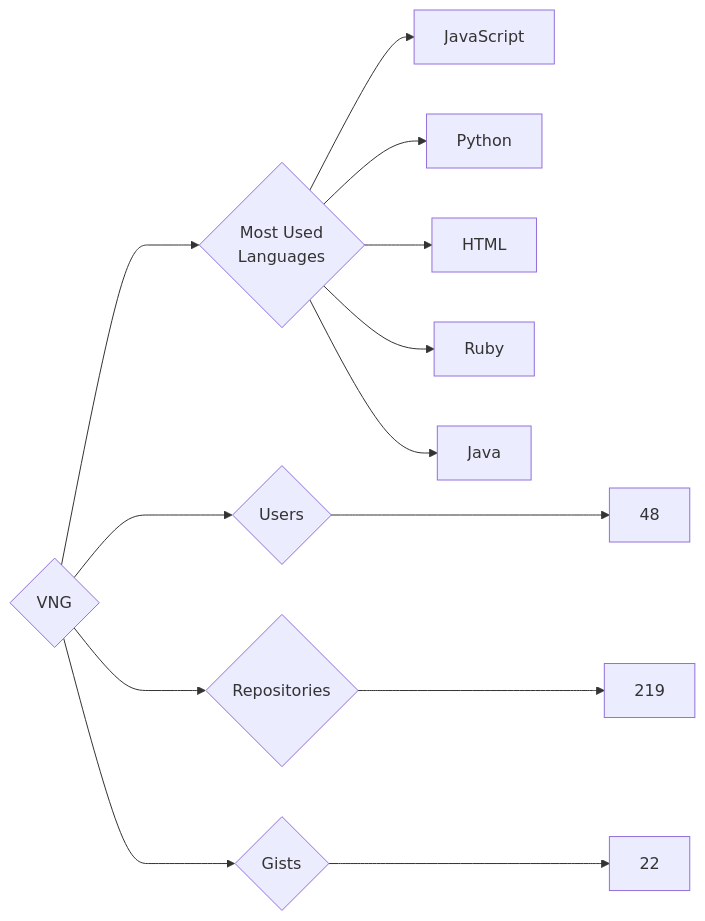
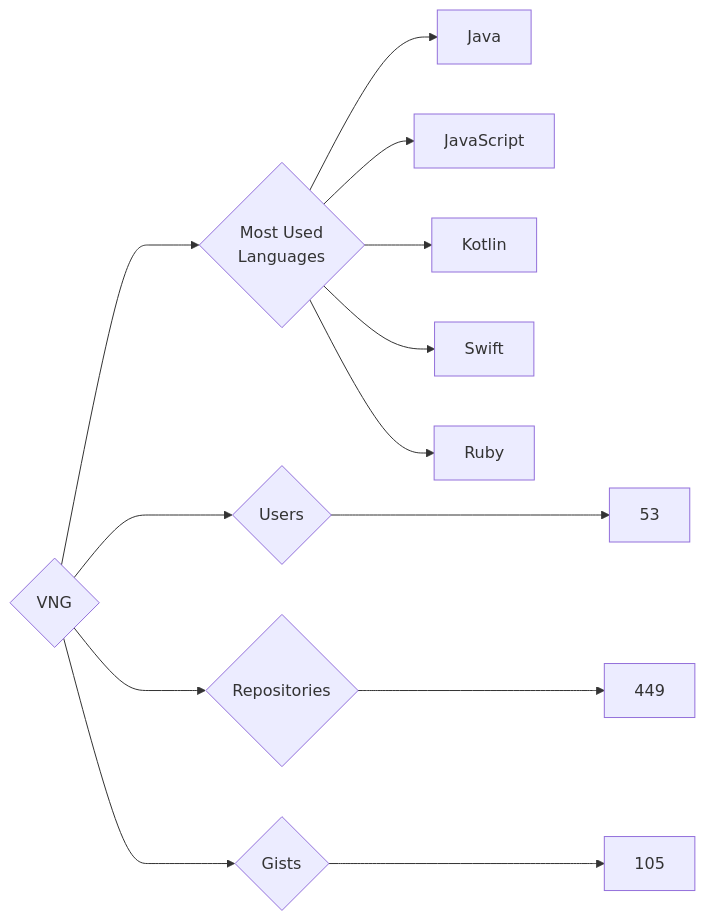
Before and after one commit to trickest/insiders: the diagram in targets/VNG/README.md, drawn with Mermaid. The commit also changed 976 other files, not shown here.

````diff
--- a/targets/VNG/README.md
+++ b/targets/VNG/README.md
@@ -3,13 +3,13 @@
 ```mermaid
 graph LR
 COMPANY_NAME{VNG}
-COMPANY_NAME ---> U{Users} ---> UN[48]
-COMPANY_NAME ---> R{Repositories} ---> RN[219]
-COMPANY_NAME ---> G{Gists} ---> GN[22]
+COMPANY_NAME ---> U{Users} ---> UN[53]
+COMPANY_NAME ---> R{Repositories} ---> RN[449]
+COMPANY_NAME ---> G{Gists} ---> GN[105]
 COMPANY_NAME ---> ML{Most Used<br>Languages}
+ML --> Java[Java]
 ML --> JavaScript[JavaScript]
-ML --> Python[Python]
-ML --> HTML[HTML]
+ML --> Kotlin[Kotlin]
+ML --> Swift[Swift]
 ML --> Ruby[Ruby]
-ML --> Java[Java]
 ```
````
